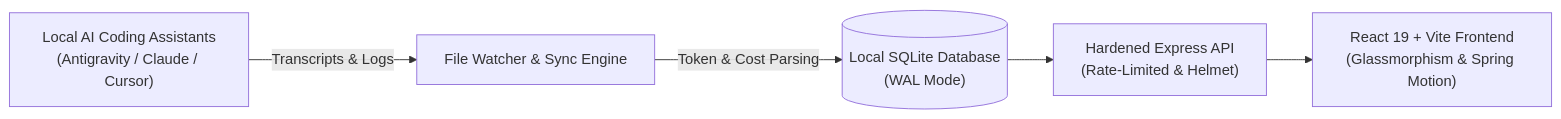
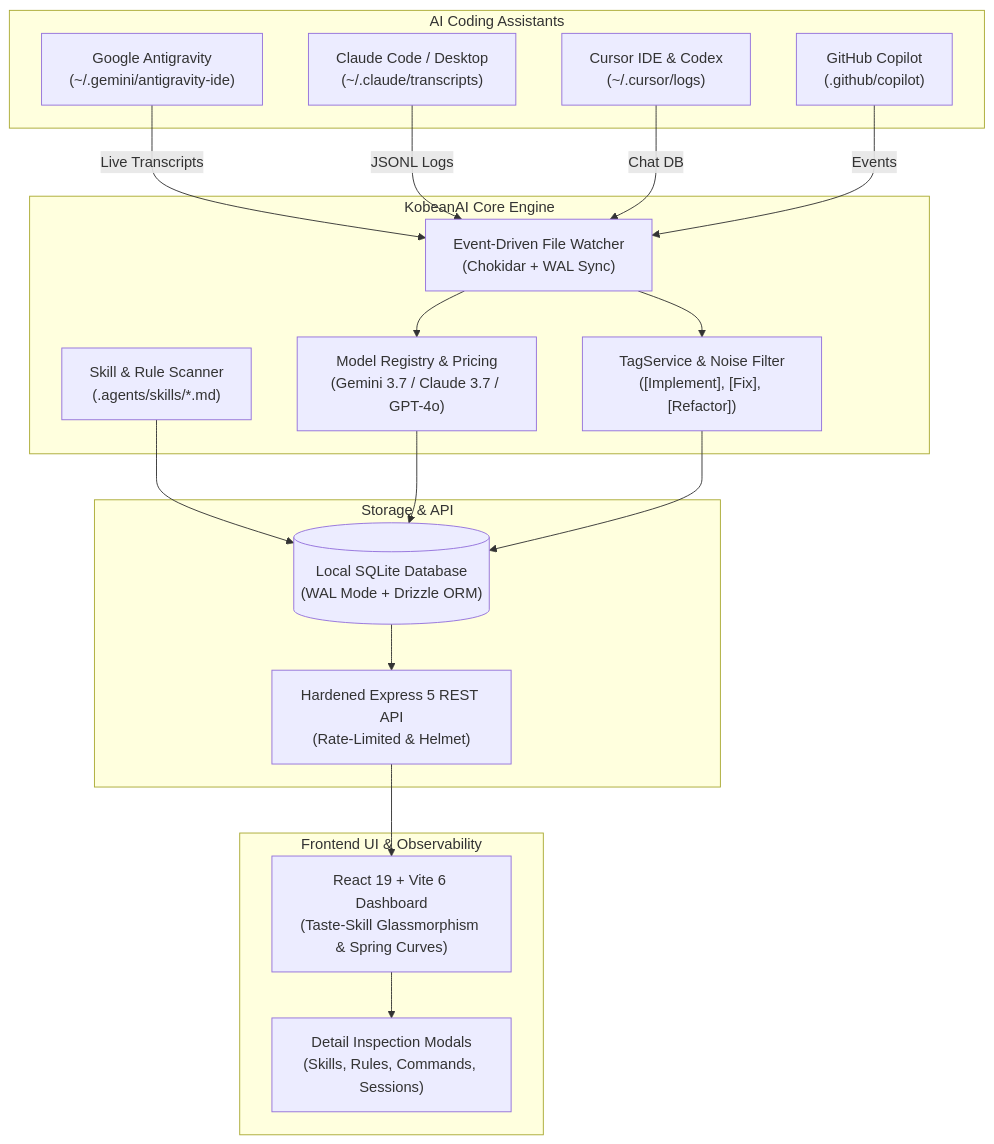
The diagram in README.md (thienng-it/KobeanAI-tracker), drawn with Mermaid before and after one commit. The commit also changed other lines of this file and 5 other files, not shown here.

Commit message:
docs: enhance README, expand Docs architecture guides, and build interactive Engineering Wiki page

````diff
--- a/README.md
+++ b/README.md
@@ -28,7 +28,41 @@
 ```mermaid
-graph LR
-    Agents["Local AI Coding Assistants\n(Antigravity / Claude / Cursor)"] -->|Transcripts & Logs| Watcher["File Watcher & Sync Engine"]
-    Watcher -->|Token & Cost Parsing| DB[("Local SQLite Database\n(WAL Mode)")]
-    DB --> Express["Hardened Express API\n(Rate-Limited & Helmet)"]
-    Express --> UI["React 19 + Vite Frontend\n(Glassmorphism & Spring Motion)"]
+graph TD
+    subgraph "AI Coding Assistants"
+        A1["Google Antigravity\n(~/.gemini/antigravity-ide)"]
+        A2["Claude Code / Desktop\n(~/.claude/transcripts)"]
+        A3["Cursor IDE & Codex\n(~/.cursor/logs)"]
+        A4["GitHub Copilot\n(.github/copilot)"]
+    end
+
+    subgraph "KobeanAI Core Engine"
+        FW["Event-Driven File Watcher\n(Chokidar + WAL Sync)"]
+        MR["Model Registry & Pricing\n(Gemini 3.7 / Claude 3.7 / GPT-4o)"]
+        TS["TagService & Noise Filter\n([Implement], [Fix], [Refactor])"]
+        SS["Skill & Rule Scanner\n(.agents/skills/*.md)"]
+    end
+
+    subgraph "Storage & API"
+        DB[("Local SQLite Database\n(WAL Mode + Drizzle ORM)")]
+        API["Hardened Express 5 REST API\n(Rate-Limited & Helmet)"]
+    end
+
+    subgraph "Frontend UI & Observability"
+        UI["React 19 + Vite 6 Dashboard\n(Taste-Skill Glassmorphism & Spring Curves)"]
+        Modals["Detail Inspection Modals\n(Skills, Rules, Commands, Sessions)"]
+    end
+
+    A1 -->|Live Transcripts| FW
+    A2 -->|JSONL Logs| FW
+    A3 -->|Chat DB| FW
+    A4 -->|Events| FW
+
+    FW --> MR
+    FW --> TS
+    SS --> DB
+    MR --> DB
+    TS --> DB
+
+    DB --> API
+    API --> UI
+    UI --> Modals
 ```
````
